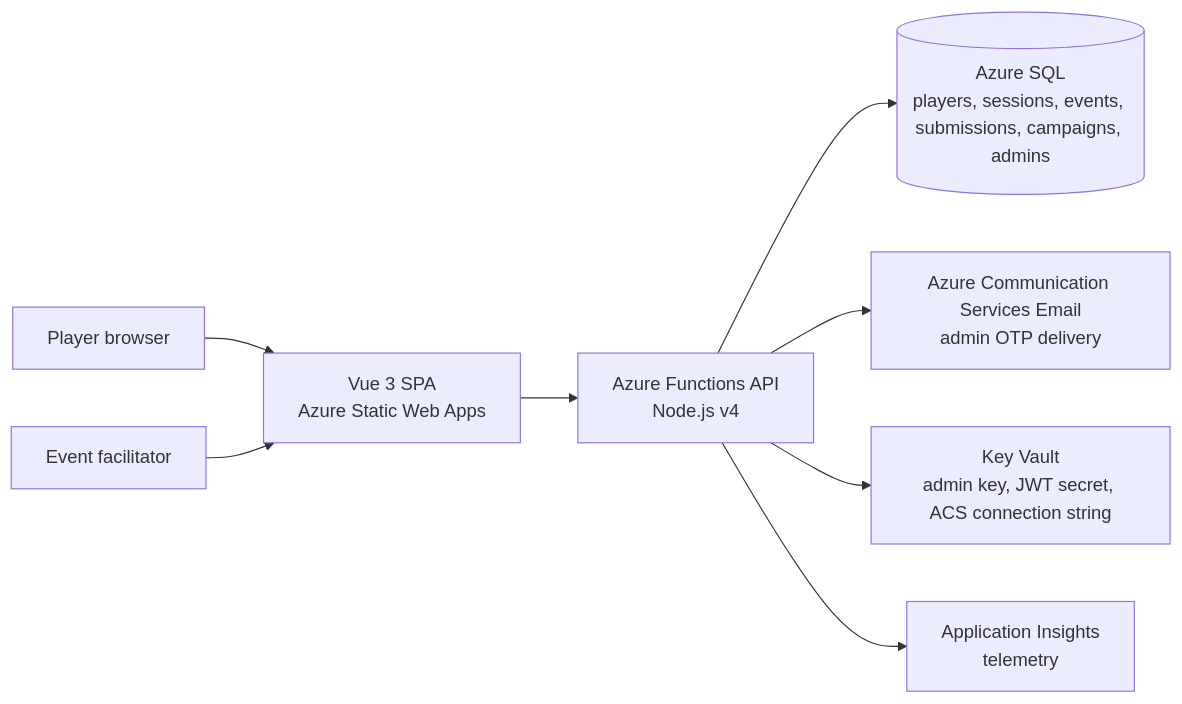
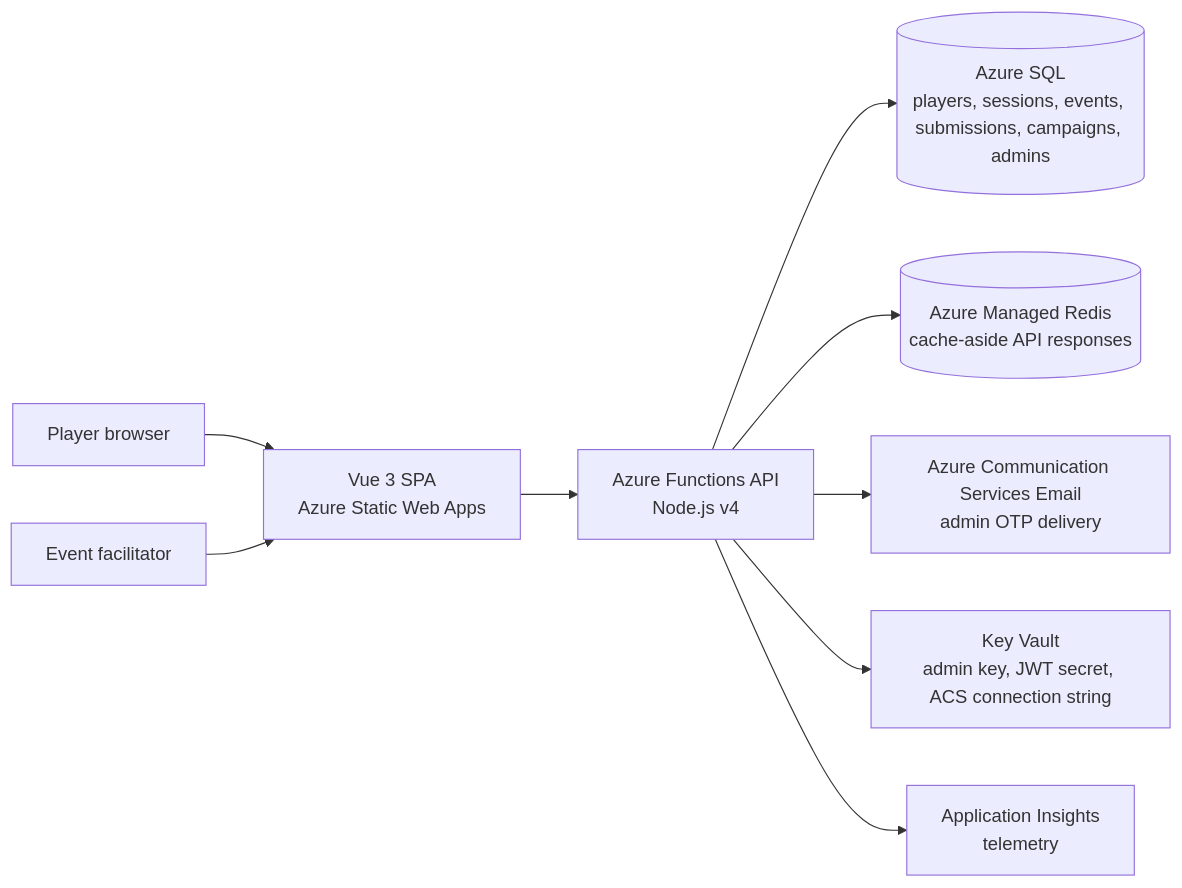
One commit to microsoft-sgp/m365copilot-game changed the first of 2 diagrams in README.md. Above: the diagram before and after it, drawn with Mermaid. The commit also changed other lines of this file and 224 other files, not shown here.

First line of the commit message:
Align codebase to target architecture

````diff
--- a/README.md
+++ b/README.md
@@ -37,10 +38,11 @@
 ```mermaid
 flowchart LR
    player[Player browser] --> frontend[Vue 3 SPA\nAzure Static Web Apps]
    admin[Event facilitator] --> frontend
    frontend --> api[Azure Functions API\nNode.js v4]
    api --> sql[(Azure SQL\nplayers, sessions, events, submissions, campaigns, admins)]
+  api --> redis[(Azure Managed Redis\ncache-aside API responses)]
    api --> acs[Azure Communication Services Email\nadmin OTP delivery]
    api --> kv[Key Vault\nadmin key, JWT secret, ACS connection string]
    api --> appi[Application Insights\ntelemetry]
 ```
````
